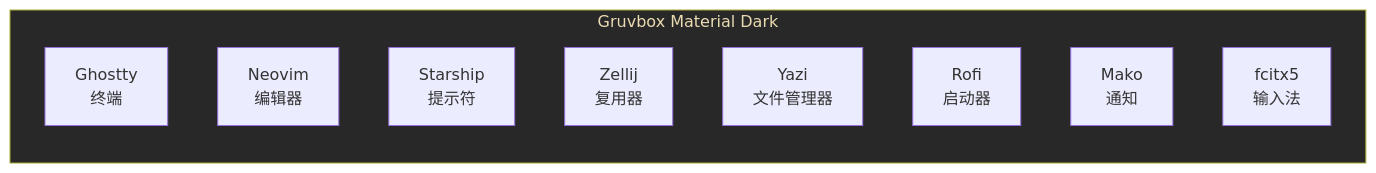
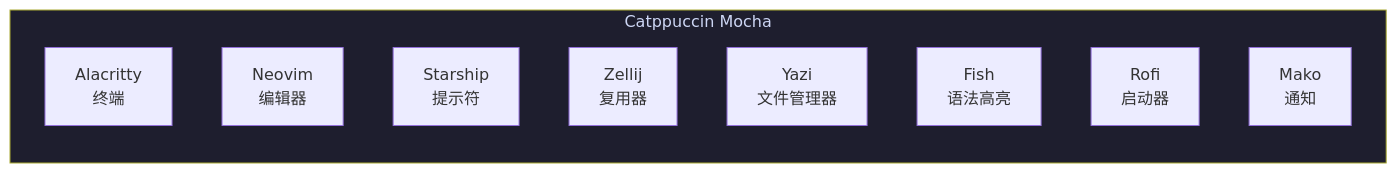
One commit to viryoke/dotfiles changed the eighth of 8 diagrams in README.md. Above: the diagram before and after it, drawn with Mermaid. The commit also changed other lines of this file and 30 other files, not shown here.

````diff
--- a/README.md
+++ b/README.md
@@ -960,15 +973,15 @@
 ```mermaid
 graph LR
-    subgraph 主题一致性["Gruvbox Material Dark"]
-        T["Ghostty<br/>终端"]
+    subgraph 主题一致性["Catppuccin Mocha"]
+        T["Alacritty<br/>终端"]
         N["Neovim<br/>编辑器"]
         S["Starship<br/>提示符"]
         Z["Zellij<br/>复用器"]
         Y["Yazi<br/>文件管理器"]
+        F["Fish<br/>语法高亮"]
         R["Rofi<br/>启动器"]
         M["Mako<br/>通知"]
-        F["fcitx5<br/>输入法"]
     end
 
-    style 主题一致性 fill:#282828,color:#ebdbb2
+    style 主题一致性 fill:#1e1e2e,color:#cdd6f4
 ```
````
